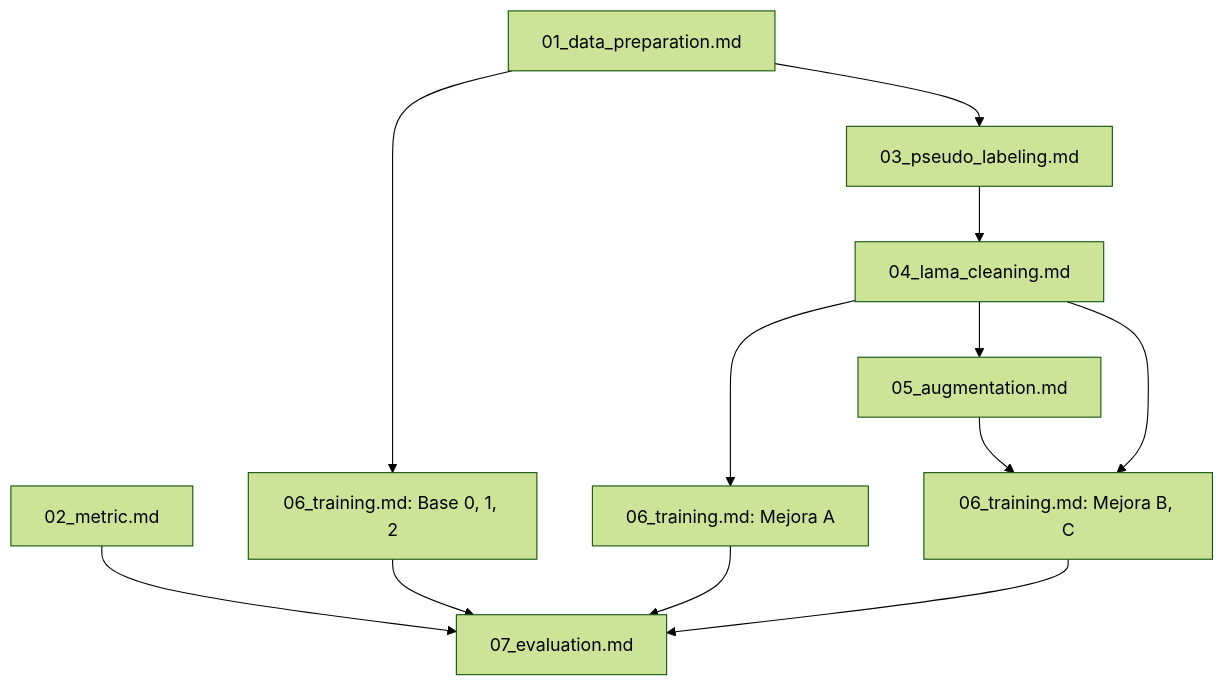
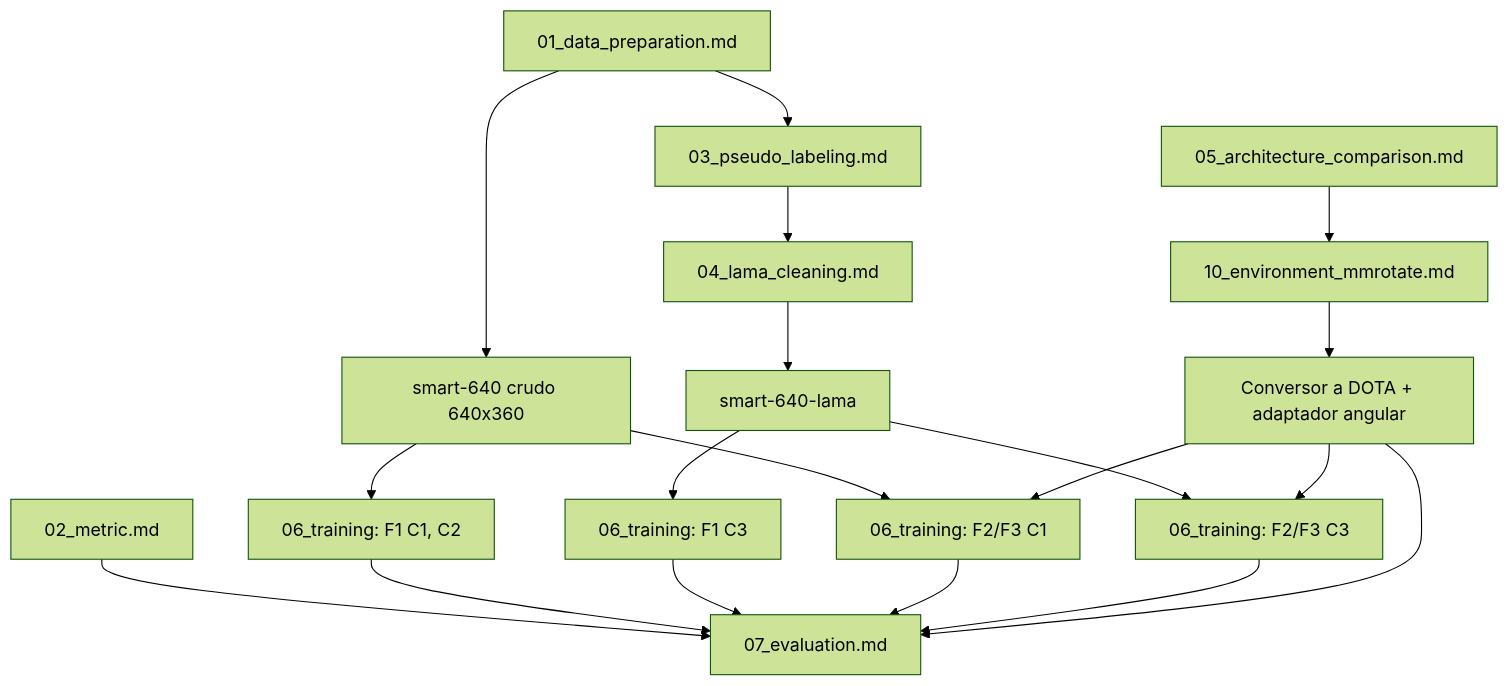
The first of 2 diagrams in .alvaro/01_procedimiento/plan/00_overview.md (unsa-semester-2026-A/ia_article), drawn with Mermaid (forest theme) before and after one commit. The commit also changed other lines of this file and 24 other files, not shown here.

````diff
--- a/.alvaro/01_procedimiento/plan/00_overview.md
+++ b/.alvaro/01_procedimiento/plan/00_overview.md
@@ -26,17 +78,25 @@
 ```mermaid
 graph TD
-    A[01_data_preparation.md] --> B[03_pseudo_labeling.md]
-    A --> F1[06_training.md: Base 0, 1, 2]
+    A[01_data_preparation.md] --> DS1[smart-640 crudo 640x360]
+    A --> B[03_pseudo_labeling.md]
     C[02_metric.md] --> H[07_evaluation.md]
-    
+
     B --> D[04_lama_cleaning.md]
-    D --> E[05_augmentation.md]
-    D --> F2[06_training.md: Mejora A]
-    
-    E --> F3[06_training.md: Mejora B, C]
-    D --> F3
-    
-    F1 --> H
-    F2 --> H
-    F3 --> H
+    D --> DS2[smart-640-lama]
+
+    E[05_architecture_comparison.md] --> ENV[10_environment_mmrotate.md]
+    ENV --> CONV[Conversor a DOTA + adaptador angular]
+
+    DS1 --> T1[06_training: F1 C1, C2]
+    DS2 --> T2[06_training: F1 C3]
+    DS1 --> T3[06_training: F2/F3 C1]
+    DS2 --> T4[06_training: F2/F3 C3]
+    CONV --> T3
+    CONV --> T4
+
+    T1 --> H
+    T2 --> H
+    T3 --> H
+    T4 --> H
+    CONV --> H
 ```
````
